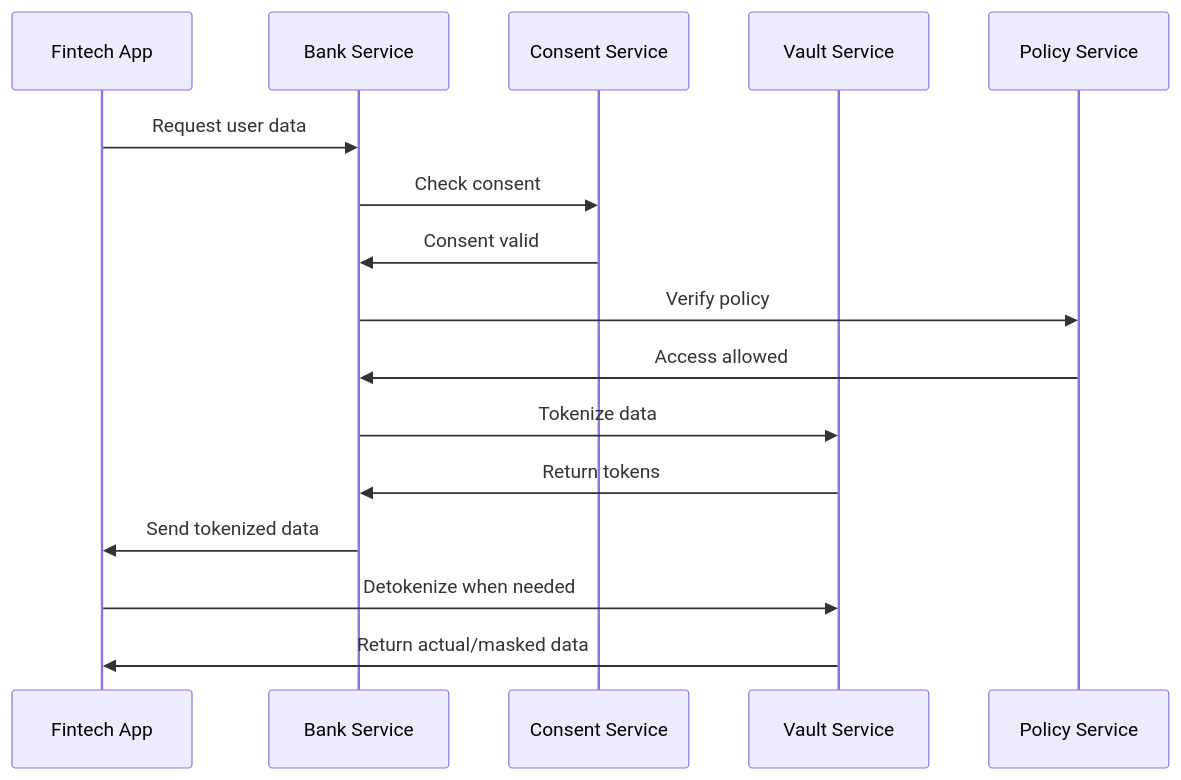
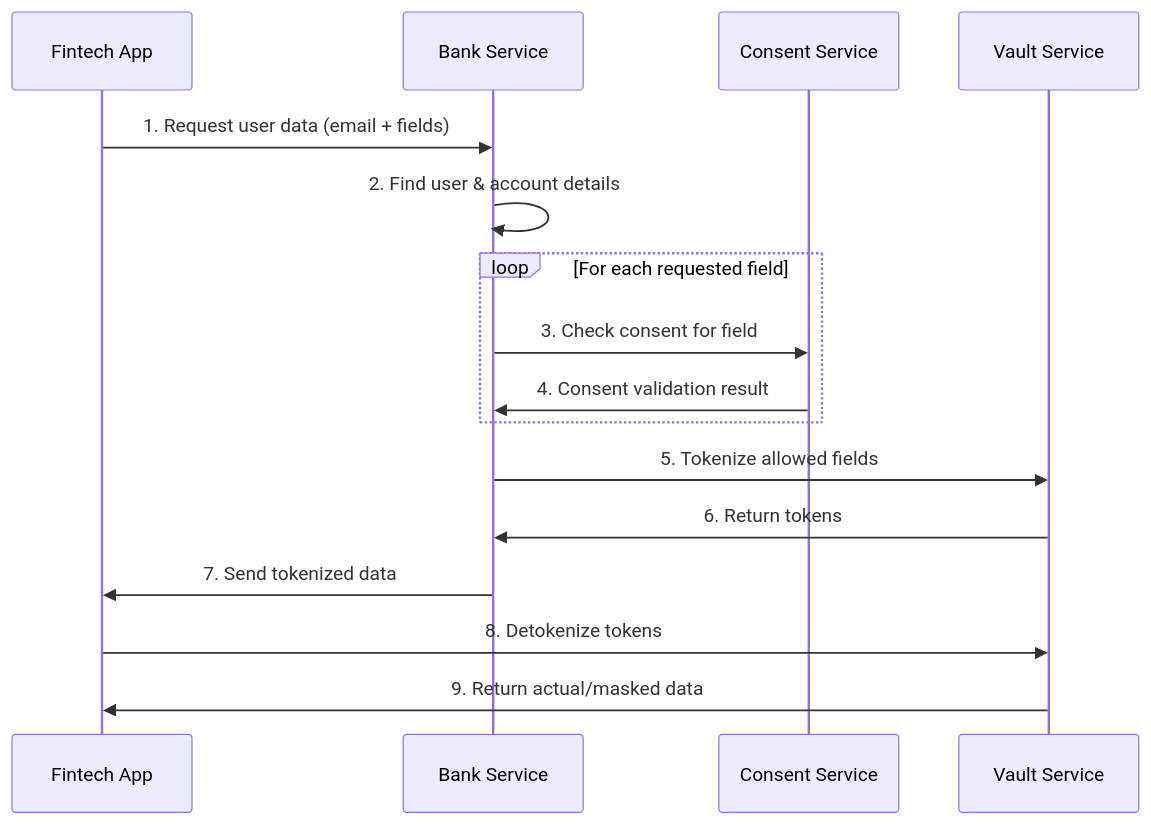
One commit to laatu08/cyberhack changed the second of 4 diagrams in README.md. Above: the diagram before and after it, drawn with Mermaid. The commit also changed other lines of this file, not shown here.

Commit message:
Update README.md with accurate user flow and system details

````diff
--- a/README.md
+++ b/README.md
@@ -246,19 +397,19 @@
 ```mermaid
 sequenceDiagram
     participant F as Fintech App
     participant B as Bank Service
     participant C as Consent Service
     participant V as Vault Service
-    participant P as Policy Service
 
-    F->>B: Request user data
-    B->>C: Check consent
-    C->>B: Consent valid
-    B->>P: Verify policy
-    P->>B: Access allowed
-    B->>V: Tokenize data
-    V->>B: Return tokens
-    B->>F: Send tokenized data
-    F->>V: Detokenize when needed
-    V->>F: Return actual/masked data
+    F->>B: 1. Request user data (email + fields)
+    B->>B: 2. Find user & account details
+    loop For each requested field
+        B->>C: 3. Check consent for field
+        C->>B: 4. Consent validation result
+    end
+    B->>V: 5. Tokenize allowed fields
+    V->>B: 6. Return tokens
+    B->>F: 7. Send tokenized data
+    F->>V: 8. Detokenize tokens
+    V->>F: 9. Return actual/masked data
 ```
````
